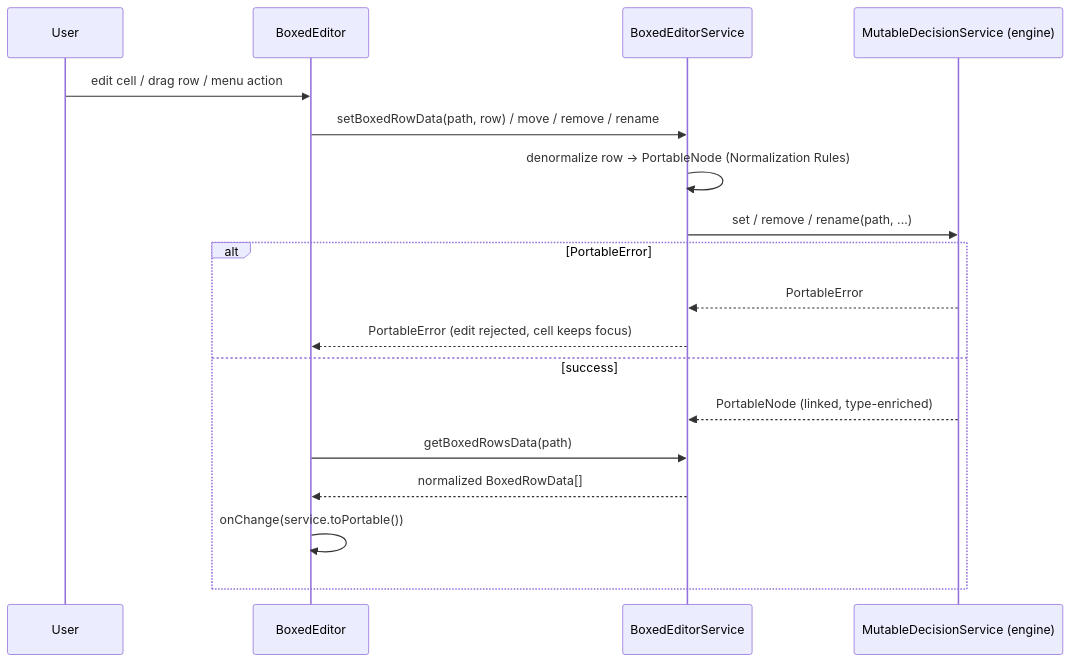
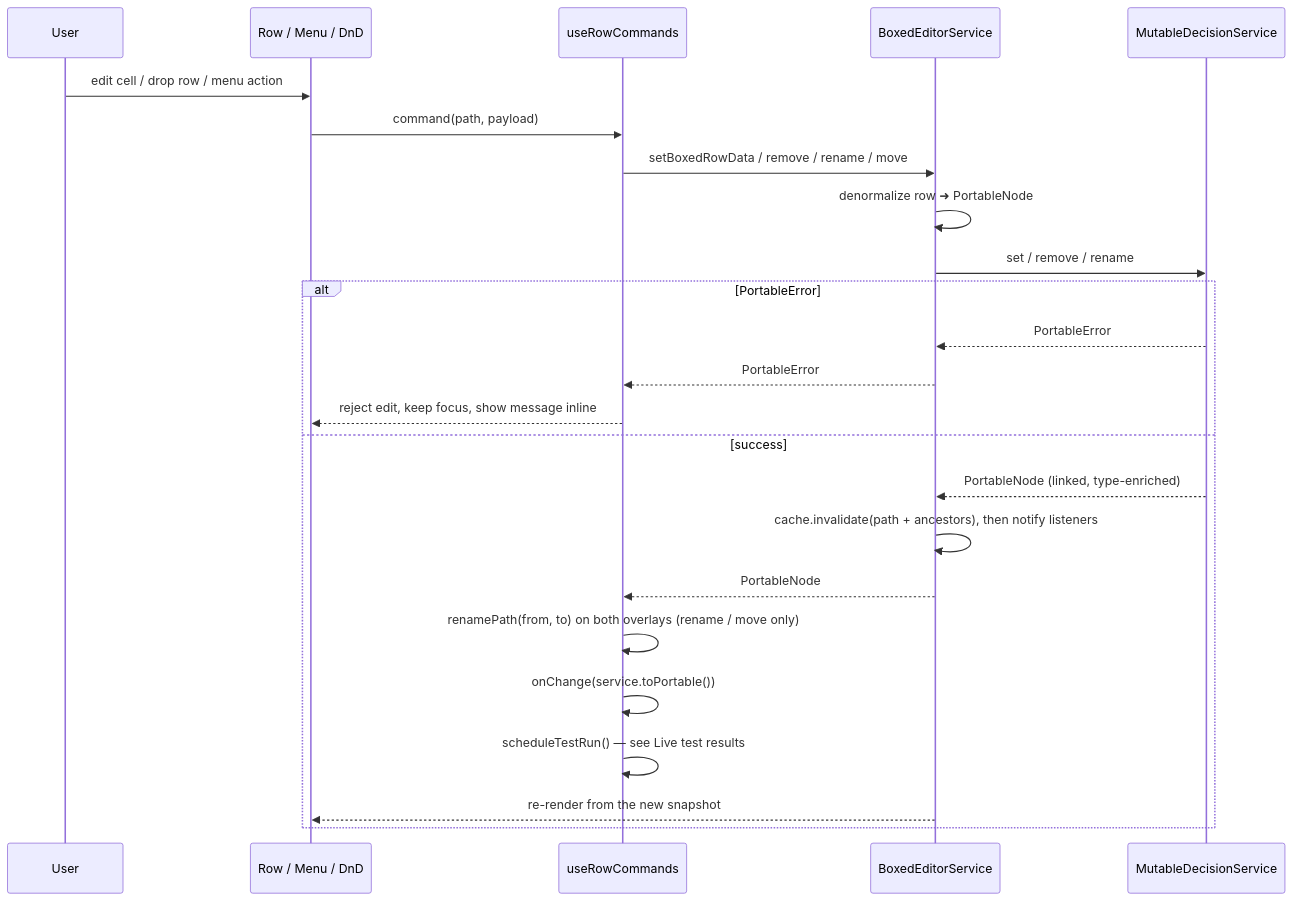
The fourth of 6 diagrams in docs/BOXED_EDITOR_STORY.md (rimvydasb/edgerules-react), drawn with Mermaid before and after one commit. The commit also changed other lines of this file and 4 other files, not shown here.

````diff
--- a/docs/BOXED_EDITOR_STORY.md
+++ b/docs/BOXED_EDITOR_STORY.md
@@ -730,20 +401,26 @@
 ```mermaid
 sequenceDiagram
     participant User
-    participant BoxedEditor
-    participant BoxedEditorService
-    participant MutableDecisionService as MutableDecisionService (engine)
-    User ->> BoxedEditor: edit cell / drag row / menu action
-    BoxedEditor ->> BoxedEditorService: setBoxedRowData(path, row) / move / remove / rename
-    BoxedEditorService ->> BoxedEditorService: denormalize row → PortableNode (Normalization Rules)
-    BoxedEditorService ->> MutableDecisionService: set / remove / rename(path, ...)
+    participant Row as Row / Menu / DnD
+    participant Cmd as useRowCommands
+    participant Svc as BoxedEditorService
+    participant Engine as MutableDecisionService
+    User ->> Row: edit cell / drop row / menu action
+    Row ->> Cmd: command(path, payload)
+    Cmd ->> Svc: setBoxedRowData / remove / rename / move
+    Svc ->> Svc: denormalize row ➜ PortableNode
+    Svc ->> Engine: set / remove / rename
     alt PortableError
-        MutableDecisionService -->> BoxedEditorService: PortableError
-        BoxedEditorService -->> BoxedEditor: PortableError (edit rejected, cell keeps focus)
+        Engine -->> Svc: PortableError
+        Svc -->> Cmd: PortableError
+        Cmd -->> Row: reject edit, keep focus, show message inline
     else success
-        MutableDecisionService -->> BoxedEditorService: PortableNode (linked, type-enriched)
-        BoxedEditor ->> BoxedEditorService: getBoxedRowsData(path)
-        BoxedEditorService -->> BoxedEditor: normalized BoxedRowData[]
-        BoxedEditor ->> BoxedEditor: onChange(service.toPortable())
+        Engine -->> Svc: PortableNode (linked, type-enriched)
+        Svc ->> Svc: cache.invalidate(path + ancestors), then notify listeners
+        Svc -->> Cmd: PortableNode
+        Cmd ->> Cmd: renamePath(from, to) on both overlays (rename / move only)
+        Cmd ->> Cmd: onChange(service.toPortable())
+        Cmd ->> Cmd: scheduleTestRun() — see Live test results
+        Svc -->> Row: re-render from the new snapshot
     end
 ```
````
